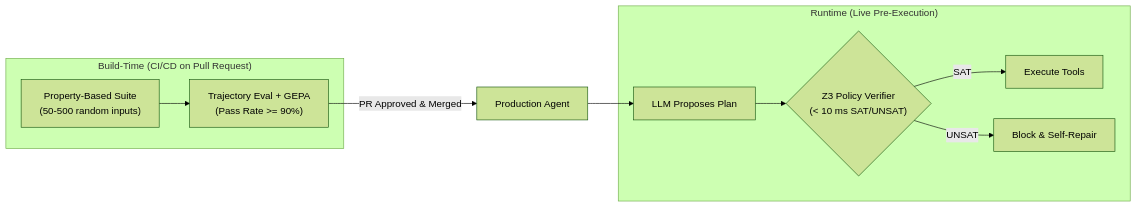
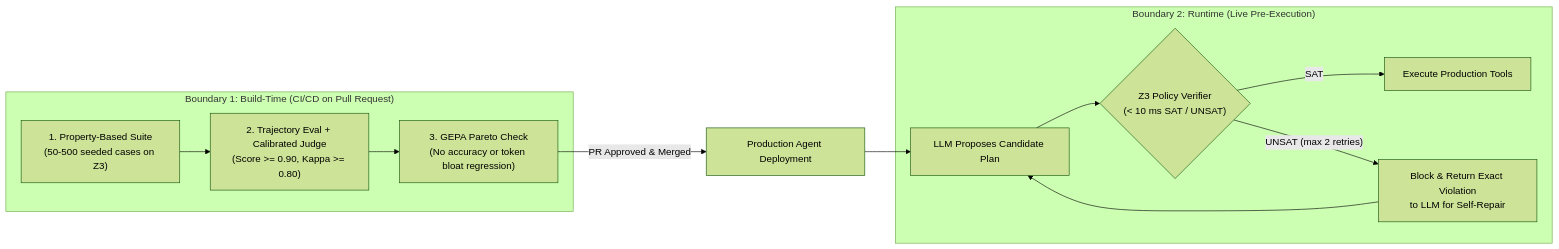
Before and after one commit to Amie-dev/FDE-and-GenAI-Mastery: the first of 2 diagrams in Lecture 42 - Neuro-Symbolic Verification Z3 and GEPA/notes/07_Integrating_Symbolic_Gates_into_CI_CD.md, drawn with Mermaid (forest theme). The commit also changed other lines of this file and 92 other files, not shown here.

````diff
--- a/Lecture 42 - Neuro-Symbolic Verification Z3 and GEPA/notes/07_Integrating_Symbolic_Gates_into_CI_CD.md
+++ b/Lecture 42 - Neuro-Symbolic Verification Z3 and GEPA/notes/07_Integrating_Symbolic_Gates_into_CI_CD.md
@@ -24,13 +27,15 @@
 ```mermaid
 flowchart LR
-    subgraph BuildTime["Build-Time (CI/CD on Pull Request)"]
-        PBT["Property-Based Suite<br/>(50-500 random inputs)"] --> Traj["Trajectory Eval + GEPA<br/>(Pass Rate >= 90%)"]
+    subgraph BuildTime["Boundary 1: Build-Time (CI/CD on Pull Request)"]
+        PBT["1. Property-Based Suite<br/>(50-500 seeded cases on Z3)"] --> Traj["2. Trajectory Eval + Calibrated Judge<br/>(Score >= 0.90, Kappa >= 0.80)"]
+        Traj --> GEPA["3. GEPA Pareto Check<br/>(No accuracy or token bloat regression)"]
     end
-    Traj -->|"PR Approved & Merged"| Prod["Production Agent"]
-    subgraph Runtime["Runtime (Live Pre-Execution)"]
-        Plan["LLM Proposes Plan"] --> Z3{"Z3 Policy Verifier<br/>(< 10 ms SAT/UNSAT)"}
-        Z3 -->|"SAT"| Exec["Execute Tools"]
-        Z3 -->|"UNSAT"| Repair["Block & Self-Repair"]
+    GEPA -->|"PR Approved & Merged"| Prod["Production Agent Deployment"]
+    subgraph Runtime["Boundary 2: Runtime (Live Pre-Execution)"]
+        Plan["LLM Proposes Candidate Plan"] --> Z3{"Z3 Policy Verifier<br/>(< 10 ms SAT / UNSAT)"}
+        Z3 -->|"SAT"| Exec["Execute Production Tools"]
+        Z3 -->|"UNSAT (max 2 retries)"| Repair["Block & Return Exact Violation<br/>to LLM for Self-Repair"]
+        Repair --> Plan
     end
     Prod --> Plan
 ```
````
